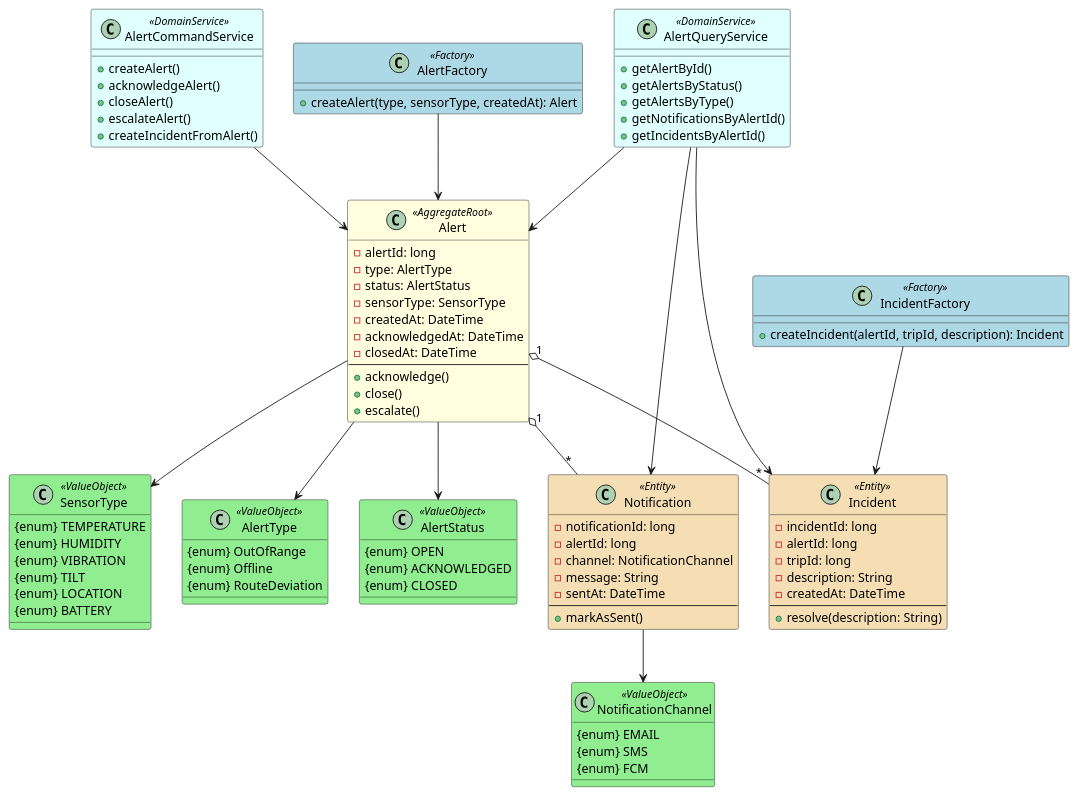
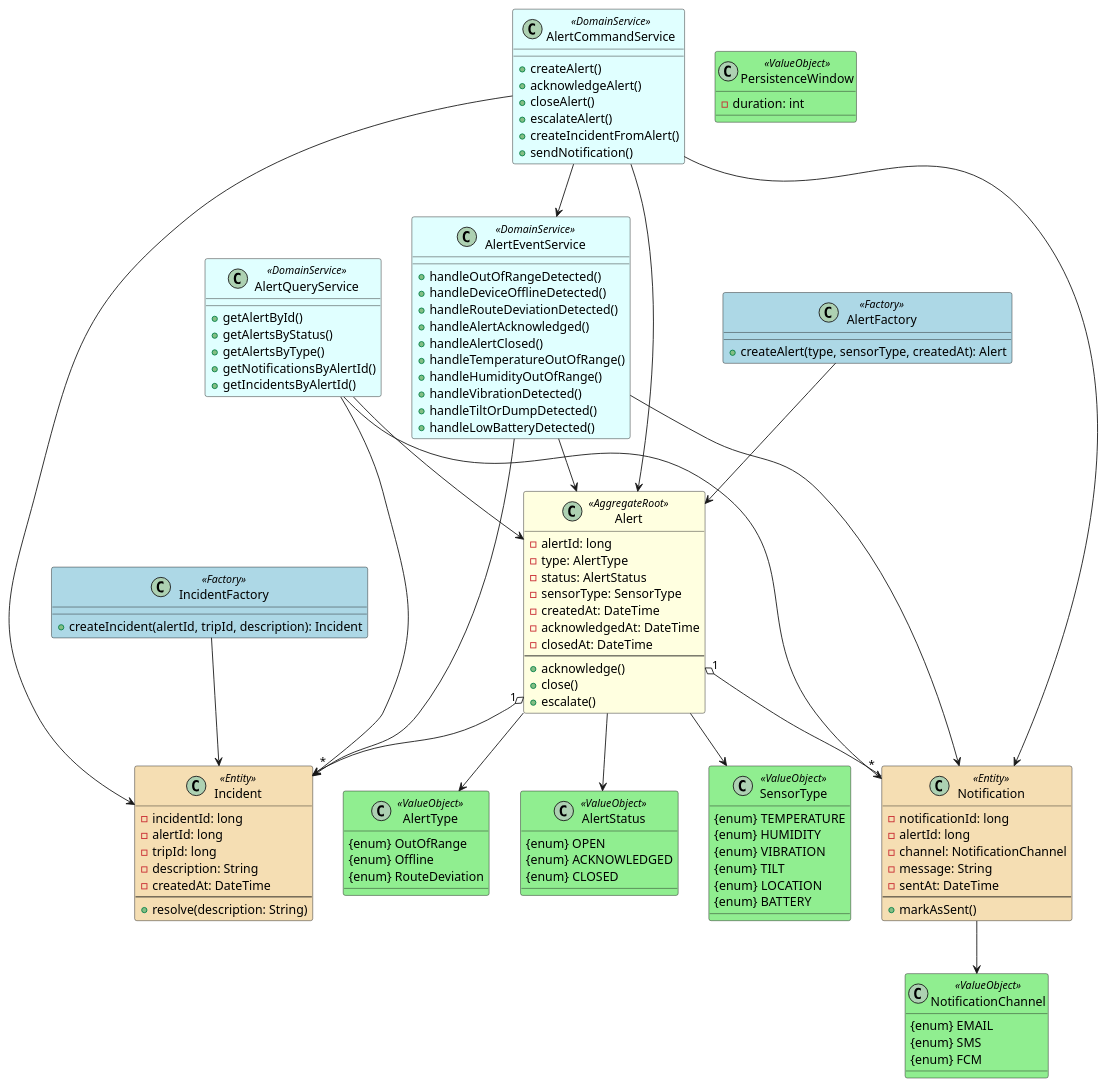
One commit to Los-Parkers-IoT/LosParkers-report changed the diagram in assets/UML/Alert-Management-Domain-Layer-Class-Diagram.puml. Above: the diagram before and after it, drawn with PlantUML. The commit also changed 1 other file, not shown here.

```diff
--- a/assets/UML/Alert-Management-Domain-Layer-Class-Diagram.puml
+++ b/assets/UML/Alert-Management-Domain-Layer-Class-Diagram.puml
@@ -1,125 +1,151 @@
 @startuml
 skinparam class {
   BackgroundColor<<Entity>> Wheat
   BackgroundColor<<AggregateRoot>> LightYellow
   BackgroundColor<<Factory>> LightBlue
   BackgroundColor<<ValueObject>> LightGreen
   BackgroundColor<<DomainService>> LightCyan
 }
 
 ' ========================
 ' Entities / Aggregate Root
 ' ========================
 class Alert <<AggregateRoot>> {
   - alertId: long
   - type: AlertType
   - status: AlertStatus
   - sensorType: SensorType
   - createdAt: DateTime
   - acknowledgedAt: DateTime
   - closedAt: DateTime
   --
   + acknowledge()
   + close()
   + escalate()
 }
 
 class Notification <<Entity>> {
   - notificationId: long
   - alertId: long
   - channel: NotificationChannel
   - message: String
   - sentAt: DateTime
   --
   + markAsSent()
 }
 
 class Incident <<Entity>> {
   - incidentId: long
   - alertId: long
   - tripId: long
   - description: String
   - createdAt: DateTime
   --
   + resolve(description: String)
 }
 
 ' ========================
-' Factories
-' ========================
-class AlertFactory <<Factory>> {
-  + createAlert(type, sensorType, createdAt): Alert
-}
-
-class IncidentFactory <<Factory>> {
-  + createIncident(alertId, tripId, description): Incident
-}
-
-' ========================
 ' Value Objects
 ' ========================
 class AlertType <<ValueObject>> {
   {enum} OutOfRange
   {enum} Offline
   {enum} RouteDeviation
 }
 
 class AlertStatus <<ValueObject>> {
   {enum} OPEN
   {enum} ACKNOWLEDGED
   {enum} CLOSED
 }
 
+class NotificationChannel <<ValueObject>> {
+  {enum} EMAIL
+  {enum} SMS
+  {enum} FCM
+}
+
+class PersistenceWindow <<ValueObject>> {
+  - duration: int
+}
+
 class SensorType <<ValueObject>> {
   {enum} TEMPERATURE
   {enum} HUMIDITY
   {enum} VIBRATION
   {enum} TILT
   {enum} LOCATION
   {enum} BATTERY
 }
 
-class NotificationChannel <<ValueObject>> {
-  {enum} EMAIL
-  {enum} SMS
-  {enum} FCM
+' ========================
+' Factories
+' ========================
+class AlertFactory <<Factory>> {
+  + createAlert(type, sensorType, createdAt): Alert
+}
+
+class IncidentFactory <<Factory>> {
+  + createIncident(alertId, tripId, description): Incident
 }
 
 ' ========================
-' Domain Services
+' Domain/Application Services
 ' ========================
 class AlertCommandService <<DomainService>> {
   + createAlert()
   + acknowledgeAlert()
   + closeAlert()
   + escalateAlert()
   + createIncidentFromAlert()
+  + sendNotification()
 }
 
 class AlertQueryService <<DomainService>> {
   + getAlertById()
   + getAlertsByStatus()
   + getAlertsByType()
   + getNotificationsByAlertId()
   + getIncidentsByAlertId()
 }
 
+class AlertEventService <<DomainService>> {
+  + handleOutOfRangeDetected()
+  + handleDeviceOfflineDetected()
+  + handleRouteDeviationDetected()
+  + handleAlertAcknowledged()
+  + handleAlertClosed()
+  + handleTemperatureOutOfRange()
+  + handleHumidityOutOfRange()
+  + handleVibrationDetected()
+  + handleTiltOrDumpDetected()
+  + handleLowBatteryDetected()
+}
+
 ' ========================
 ' Relationships
 ' ========================
 Alert "1" o-- "*" Notification
 Alert "1" o-- "*" Incident
 
-AlertFactory --> Alert
-IncidentFactory --> Incident
-
 Alert --> AlertType
 Alert --> AlertStatus
 Alert --> SensorType
 Notification --> NotificationChannel
 
+AlertFactory --> Alert
+IncidentFactory --> Incident
+
 AlertCommandService --> Alert
+AlertCommandService --> Incident
+AlertCommandService --> Notification
+
 AlertQueryService --> Alert
 AlertQueryService --> Notification
 AlertQueryService --> Incident
+
+AlertCommandService --> AlertEventService
+AlertEventService --> Alert
+AlertEventService --> Notification
+AlertEventService --> Incident
 @enduml
```
